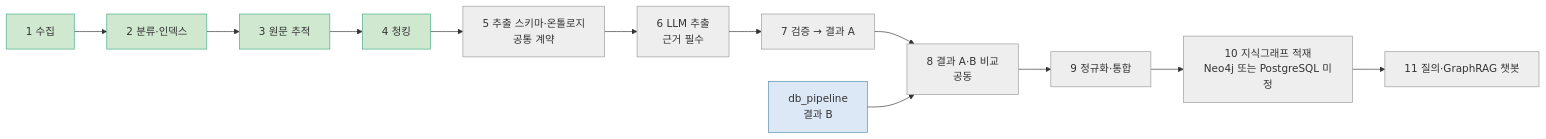
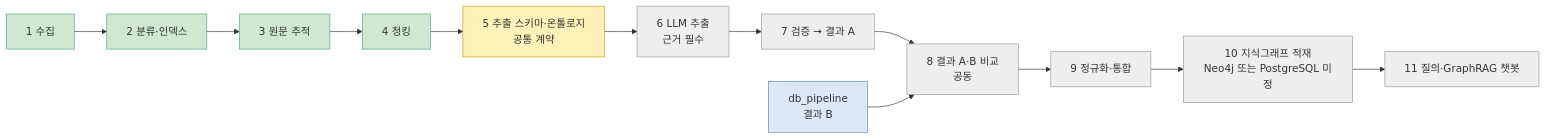
Before and after one commit to encore-ai-campus/mle-02-p2-team3: the second of 3 diagrams in docs/프로젝트-지도.md, drawn with Mermaid. The commit also changed other lines of this file and 6 other files, not shown here.

````diff
--- a/docs/프로젝트-지도.md
+++ b/docs/프로젝트-지도.md
@@ -29,18 +29,19 @@
 ```mermaid
 flowchart LR
     A[1 수집] --> B[2 분류·인덱스] --> C[3 원문 추적] --> D[4 청킹]
     D --> O[5 추출 스키마·온톨로지<br/>공통 계약]
     O --> E[6 LLM 추출<br/>근거 필수]
     E --> F[7 검증 → 결과 A]
     F --> CMP[8 결과 A·B 비교<br/>공동]
     DBP[db_pipeline<br/>결과 B]:::other --> CMP
     CMP --> N[9 정규화·통합]
     N --> KG[10 지식그래프 적재<br/>Neo4j 또는 PostgreSQL 미정]
     KG --> Q[11 질의·GraphRAG 챗봇]
     classDef done fill:#cfe8cf,stroke:#4a8
     classDef doing fill:#fff1b8,stroke:#c90
     classDef todo fill:#eee,stroke:#999
     classDef other fill:#dde8f7,stroke:#58a
     class A,B,C,D done
-    class O,E,F,CMP,N,KG,Q todo
+    class O doing
+    class E,F,CMP,N,KG,Q todo
 ```
````
